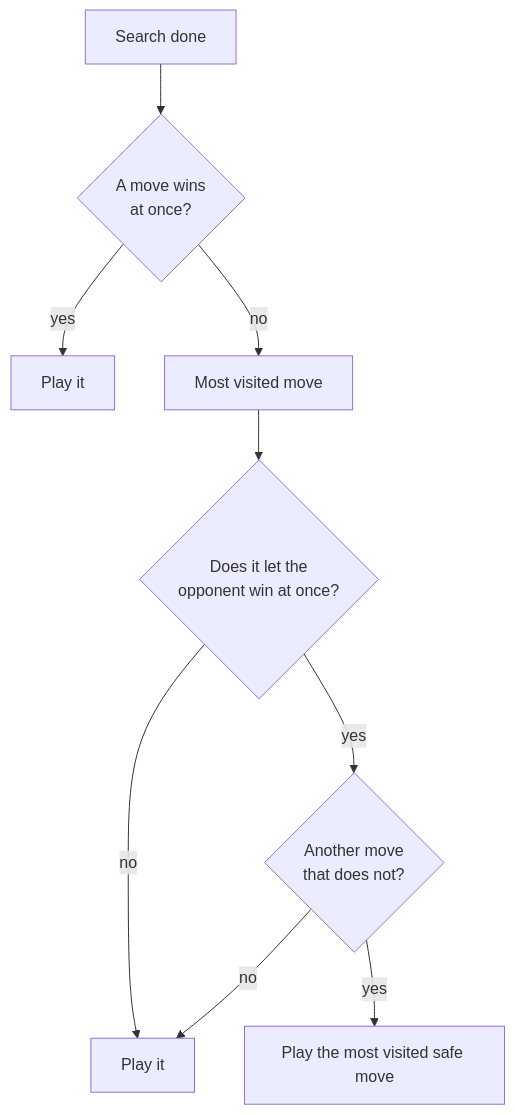
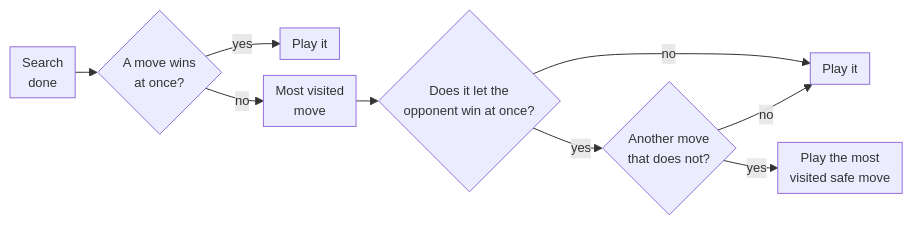
One commit to Aditya-00786/csf407-fable-chaturanga-zero changed the third of 3 diagrams in docs/SEARCH.md. Above: the diagram before and after it, drawn with Mermaid. The commit also changed other lines of this file and 8 other files, not shown here.

First line of the commit message:
docs: full diagrams again, sized to fit a screen; Milestone 4 at 95%

````diff
--- a/docs/SEARCH.md
+++ b/docs/SEARCH.md
@@ -81,11 +82,12 @@
 ```mermaid
-flowchart TD
-    S[Search done] --> W{A move wins<br/>at once?}
+%%{init: {"flowchart": {"nodeSpacing": 16, "rankSpacing": 22, "padding": 6, "diagramPadding": 4, "subGraphTitleMargin": {"top": 4, "bottom": 4}}, "themeVariables": {"fontSize": "13px"}}}%%
+flowchart LR
+    S[Search<br/>done] --> W{A move wins<br/>at once?}
     W -- yes --> Play1[Play it]
-    W -- no --> C[Most visited move]
+    W -- no --> C[Most visited<br/>move]
     C --> L{Does it let the<br/>opponent win at once?}
     L -- no --> Play2[Play it]
     L -- yes --> Safe{Another move<br/>that does not?}
-    Safe -- yes --> Play3[Play the most visited safe move]
+    Safe -- yes --> Play3[Play the most<br/>visited safe move]
     Safe -- no --> Play2
 ```
````
